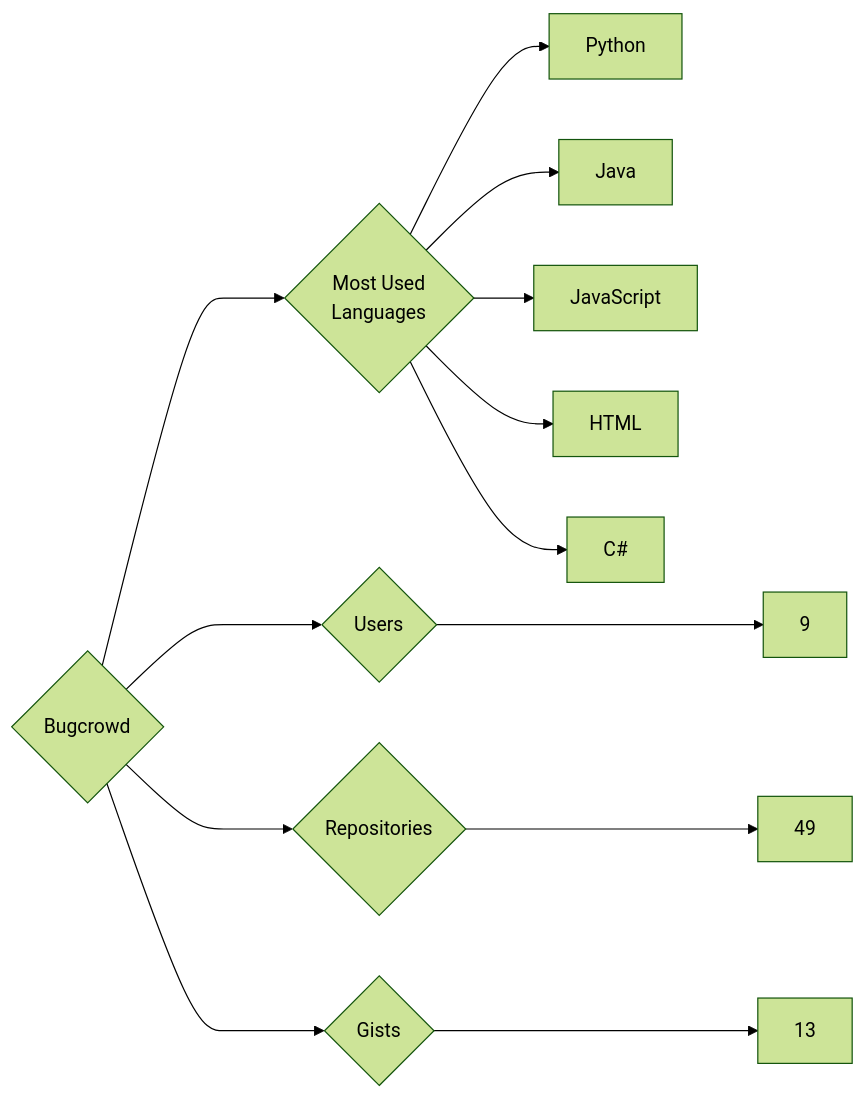
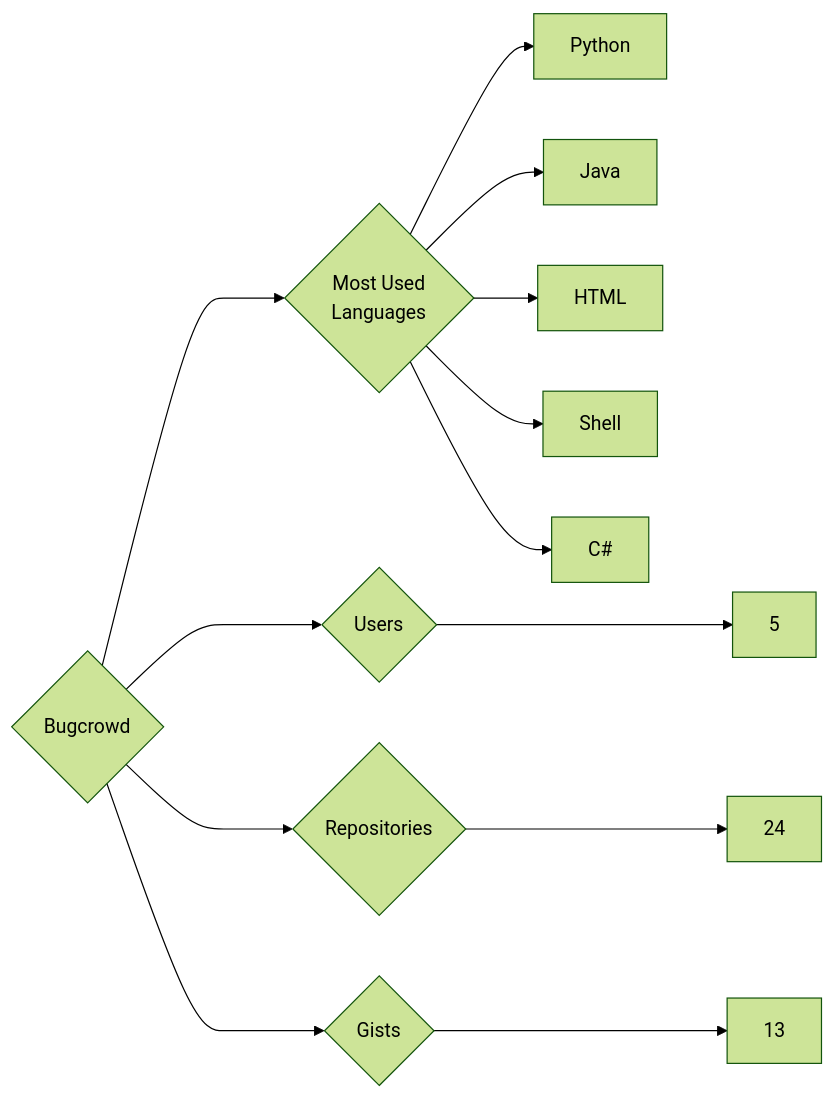
Before and after one commit to trickest/insiders: the diagram in targets/Bugcrowd/README.md, drawn with Mermaid (forest theme). The commit also changed 776 other files, not shown here.

````diff
--- a/targets/Bugcrowd/README.md
+++ b/targets/Bugcrowd/README.md
@@ -3,13 +3,13 @@
 ```mermaid
 graph LR
 COMPANY_NAME{Bugcrowd}
-COMPANY_NAME ---> U{Users} ---> UN[9]
-COMPANY_NAME ---> R{Repositories} ---> RN[49]
+COMPANY_NAME ---> U{Users} ---> UN[5]
+COMPANY_NAME ---> R{Repositories} ---> RN[24]
 COMPANY_NAME ---> G{Gists} ---> GN[13]
 COMPANY_NAME ---> ML{Most Used<br>Languages}
 ML --> Python[Python]
 ML --> Java[Java]
-ML --> JavaScript[JavaScript]
 ML --> HTML[HTML]
+ML --> Shell[Shell]
 ML --> C#[C#]
 ```
````
